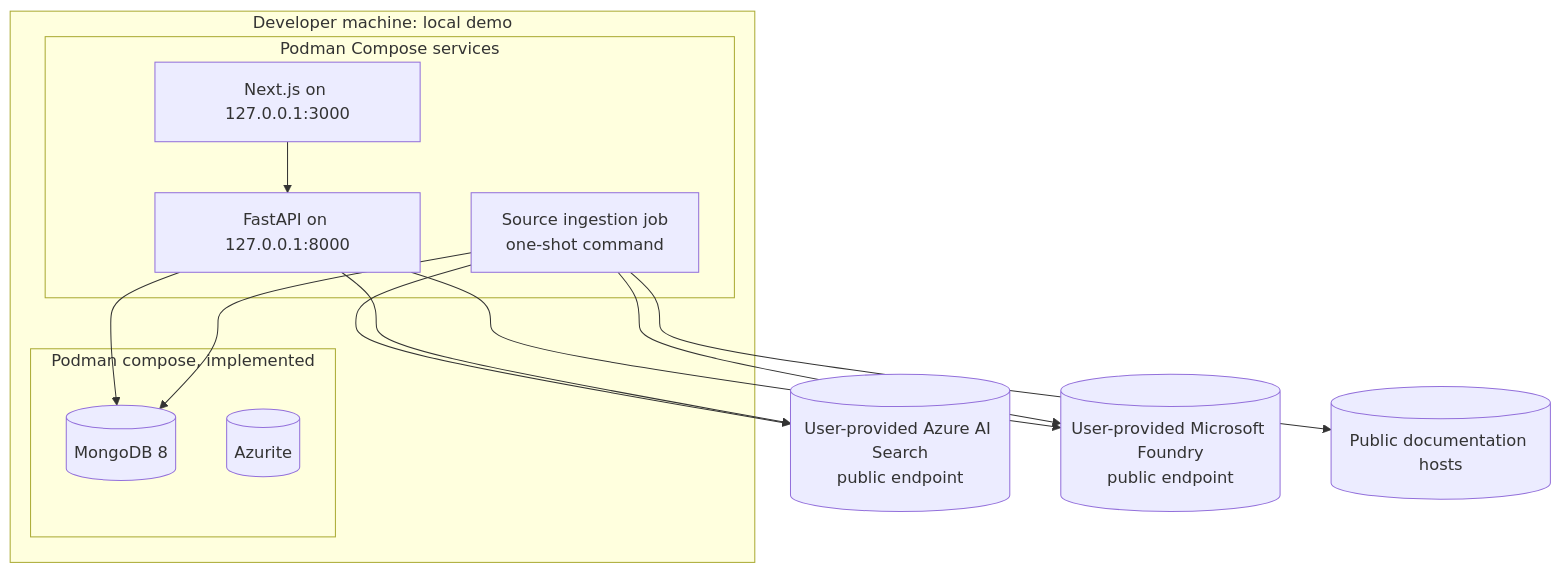
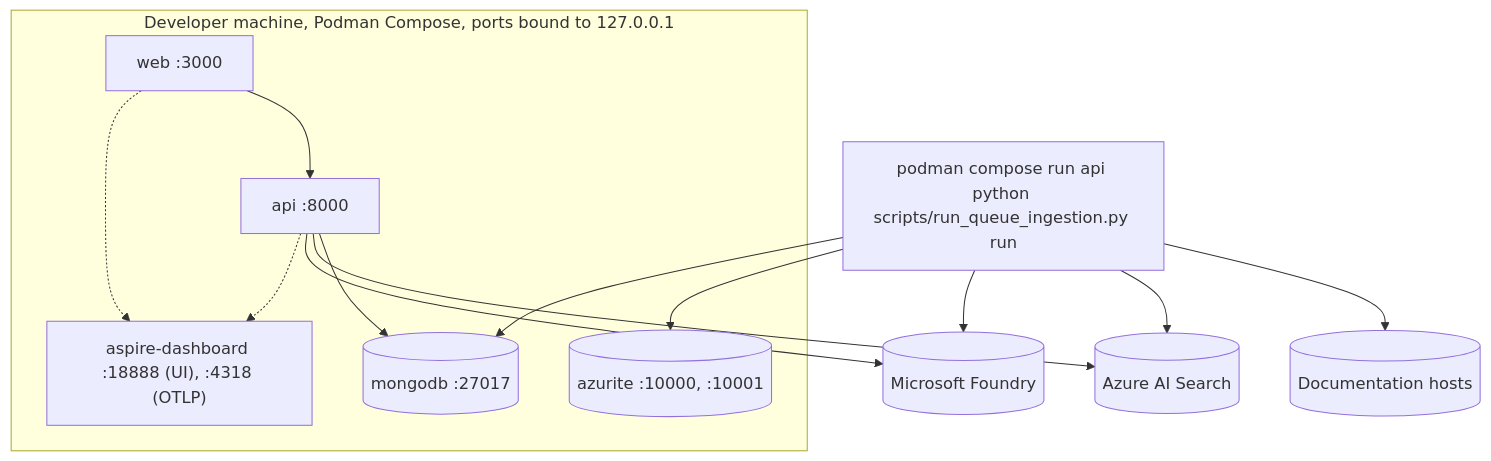
One commit to ubk1004/product-support-agent changed the sixth of 6 diagrams in docs/architecture/architecture-overview.md. Above: the diagram before and after it, drawn with Mermaid. The commit also changed other lines of this file and 58 other files, not shown here.

````diff
--- a/docs/architecture/architecture-overview.md
+++ b/docs/architecture/architecture-overview.md
@@ -407,26 +334,25 @@
 ```mermaid
 flowchart TB
-    subgraph Dev["Developer machine: local demo"]
-        subgraph Podman["Podman compose, implemented"]
-            Mongo[(MongoDB 8)]
-            Azurite[(Azurite)]
-        end
-        subgraph Processes["Podman Compose services"]
-            NextJS["Next.js on 127.0.0.1:3000"]
-            FastAPI["FastAPI on 127.0.0.1:8000"]
-            Job["Source ingestion job<br/>one-shot command"]
-        end
+    subgraph Host["Developer machine, Podman Compose, ports bound to 127.0.0.1"]
+        Web["web :3000"]
+        API["api :8000"]
+        Mongo[("mongodb :27017")]
+        Azurite[("azurite :10000, :10001")]
+        Aspire["aspire-dashboard :18888 (UI), :4318 (OTLP)"]
     end
-    Search[(User-provided Azure AI Search<br/>public endpoint)]
-    Foundry[(User-provided Microsoft Foundry<br/>public endpoint)]
-    Docs[(Public documentation hosts)]
+    Search[(Azure AI Search)]
+    Foundry[(Microsoft Foundry)]
+    Docs[(Documentation hosts)]
 
-    NextJS --> FastAPI
-    FastAPI --> Mongo
-    Job --> Mongo
-    Job --> Docs
-    Job --> Search
-    FastAPI --> Search
-    FastAPI --> Foundry
-    Job --> Foundry
+    Web --> API
+    API --> Mongo
+    API --> Search
+    API --> Foundry
+    API -.-> Aspire
+    Web -.-> Aspire
+    Ingest["podman compose run api python scripts/run_queue_ingestion.py run"] --> Azurite
+    Ingest --> Mongo
+    Ingest --> Docs
+    Ingest --> Search
+    Ingest --> Foundry
 ```
````
